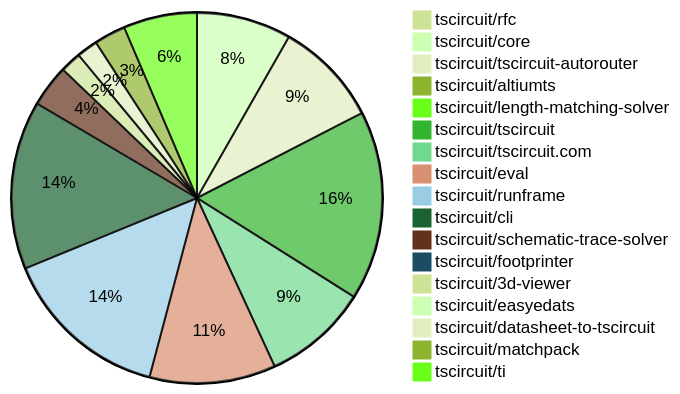
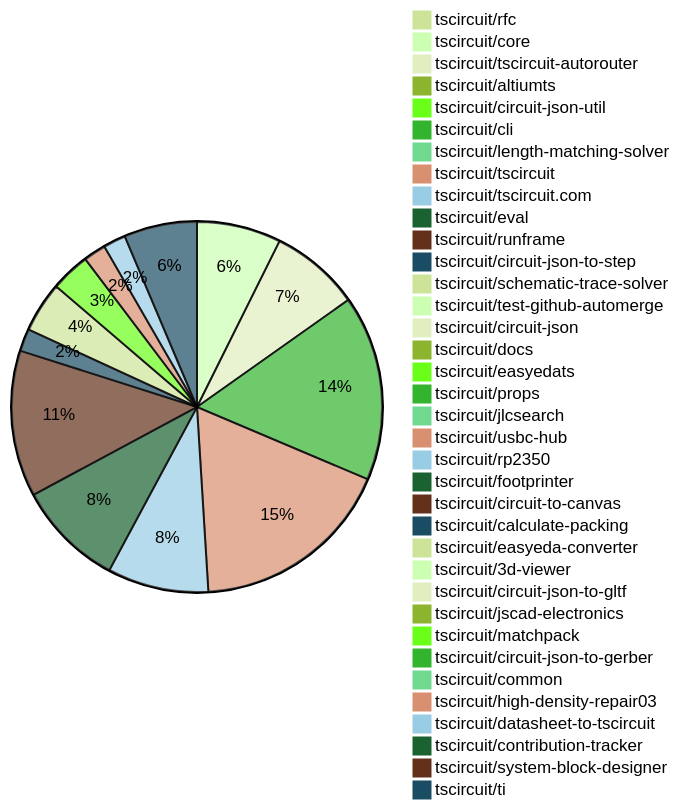
The diagram in README.md (tscircuit/contribution-tracker), drawn with Mermaid (forest theme) before and after one commit. The commit also changed other lines of this file and 3 other files, not shown here.

````diff
--- a/README.md
+++ b/README.md
@@ -30,20 +30,39 @@
 ```mermaid
 pie
     "tscircuit/rfc" : 1
-    "tscircuit/core" : 9
-    "tscircuit/tscircuit-autorouter" : 10
+    "tscircuit/core" : 15
+    "tscircuit/tscircuit-autorouter" : 16
     "tscircuit/altiumts" : 1
+    "tscircuit/circuit-json-util" : 1
+    "tscircuit/cli" : 33
     "tscircuit/length-matching-solver" : 1
-    "tscircuit/tscircuit" : 18
-    "tscircuit/tscircuit.com" : 10
-    "tscircuit/eval" : 12
-    "tscircuit/runframe" : 16
-    "tscircuit/cli" : 16
-    "tscircuit/schematic-trace-solver" : 4
-    "tscircuit/footprinter" : 1
+    "tscircuit/tscircuit" : 36
+    "tscircuit/tscircuit.com" : 18
+    "tscircuit/eval" : 19
+    "tscircuit/runframe" : 26
+    "tscircuit/circuit-json-to-step" : 4
+    "tscircuit/schematic-trace-solver" : 9
+    "tscircuit/test-github-automerge" : 1
+    "tscircuit/circuit-json" : 1
+    "tscircuit/docs" : 1
+    "tscircuit/easyedats" : 1
+    "tscircuit/props" : 1
+    "tscircuit/jlcsearch" : 1
+    "tscircuit/usbc-hub" : 2
+    "tscircuit/rp2350" : 1
+    "tscircuit/footprinter" : 2
+    "tscircuit/circuit-to-canvas" : 1
+    "tscircuit/calculate-packing" : 2
+    "tscircuit/easyeda-converter" : 1
     "tscircuit/3d-viewer" : 2
-    "tscircuit/easyedats" : 1
-    "tscircuit/datasheet-to-tscircuit" : 2
-    "tscircuit/matchpack" : 3
-    "tscircuit/ti" : 7
+    "tscircuit/circuit-json-to-gltf" : 2
+    "tscircuit/jscad-electronics" : 1
+    "tscircuit/matchpack" : 7
+    "tscircuit/circuit-json-to-gerber" : 2
+    "tscircuit/common" : 1
+    "tscircuit/high-density-repair03" : 4
+    "tscircuit/datasheet-to-tscircuit" : 4
+    "tscircuit/contribution-tracker" : 1
+    "tscircuit/system-block-designer" : 2
+    "tscircuit/ti" : 13
 ```
````
